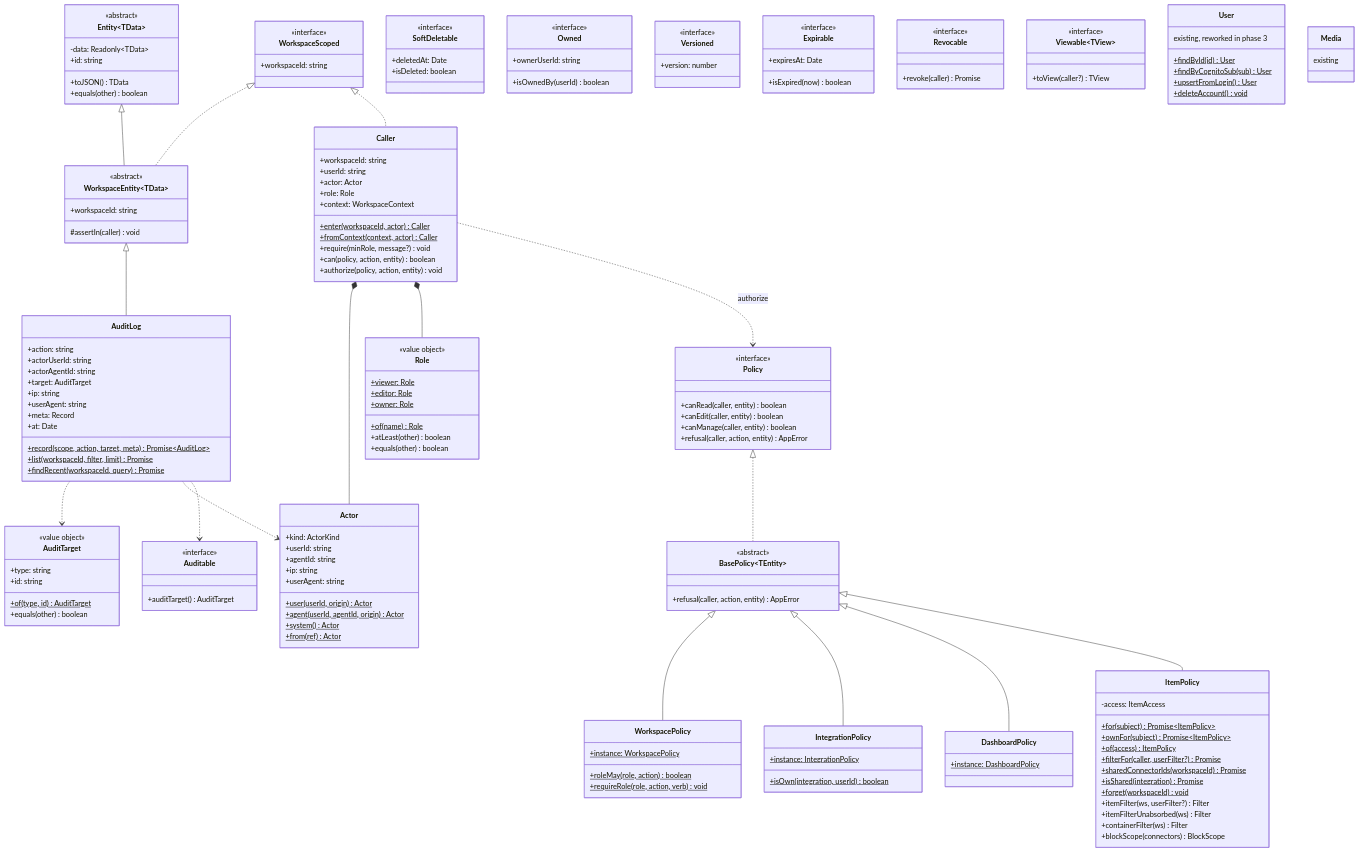
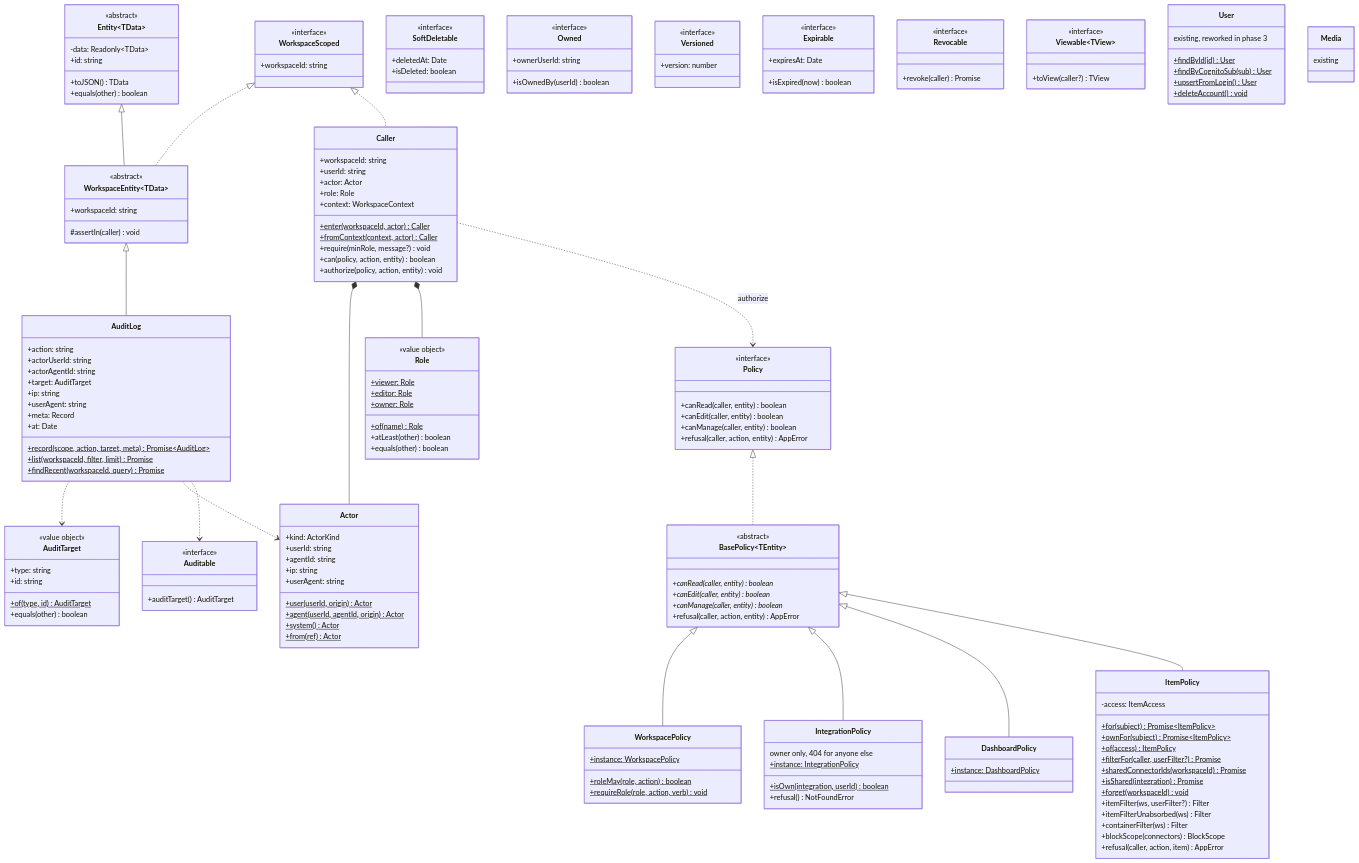
One commit to shalev396/ToDoList changed the first of 7 diagrams in docs/design/CLASSES.md. Above: the diagram before and after it, drawn with Mermaid. The commit also changed other lines of this file, not shown here.

First line of the commit message:
docs: CLASSES.md declares ItemCopy and AttributeValues, shows BasePolicy's abstract members

```diff
--- a/docs/design/CLASSES.md
+++ b/docs/design/CLASSES.md
@@ -140,6 +151,9 @@
   }
   class BasePolicy~TEntity~ {
     <<abstract>>
+    +canRead(caller, entity)* boolean
+    +canEdit(caller, entity)* boolean
+    +canManage(caller, entity)* boolean
     +refusal(caller, action, entity) AppError
   }
   class WorkspacePolicy {
@@ -148,8 +162,10 @@
     +requireRole(role, action, verb)$ void
   }
   class IntegrationPolicy {
+    owner only, 404 for anyone else
     +instance: IntegrationPolicy$
     +isOwn(integration, userId)$ boolean
+    +refusal() NotFoundError
   }
   class DashboardPolicy {
     +instance: DashboardPolicy$
@@ -167,6 +183,7 @@
     +itemFilterUnabsorbed(ws) Filter
     +containerFilter(ws) Filter
     +blockScope(connectors) BlockScope
+    +refusal(caller, action, item) AppError
   }
   Policy <|.. BasePolicy
   BasePolicy <|-- WorkspacePolicy
```
